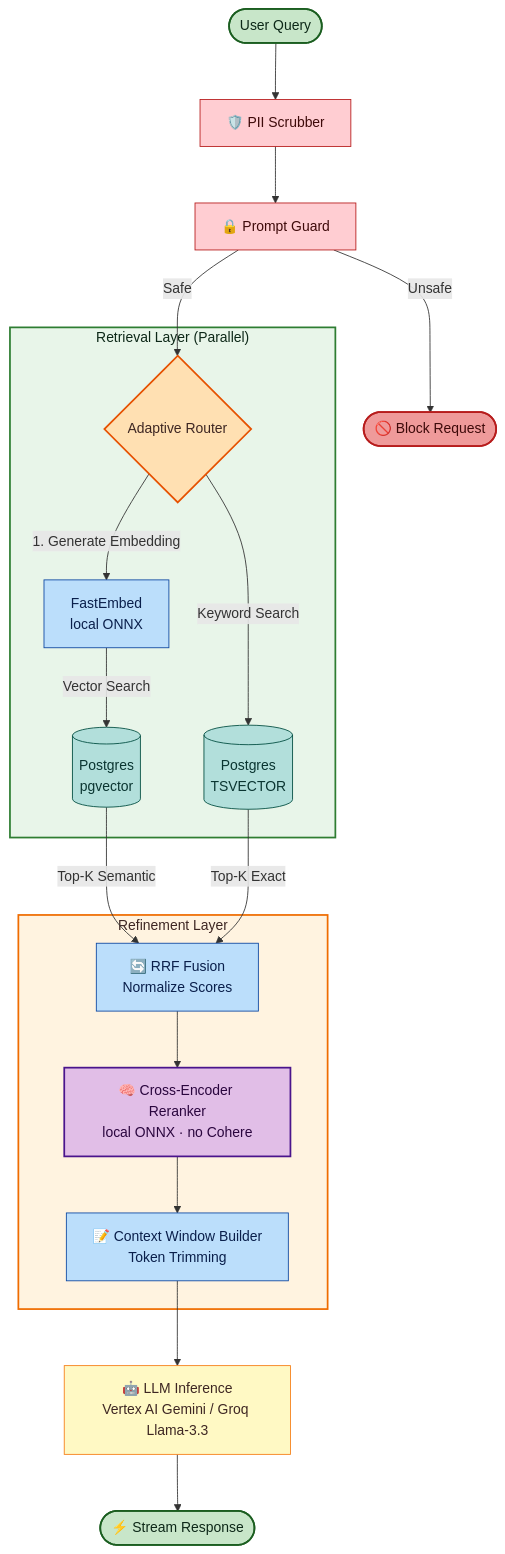
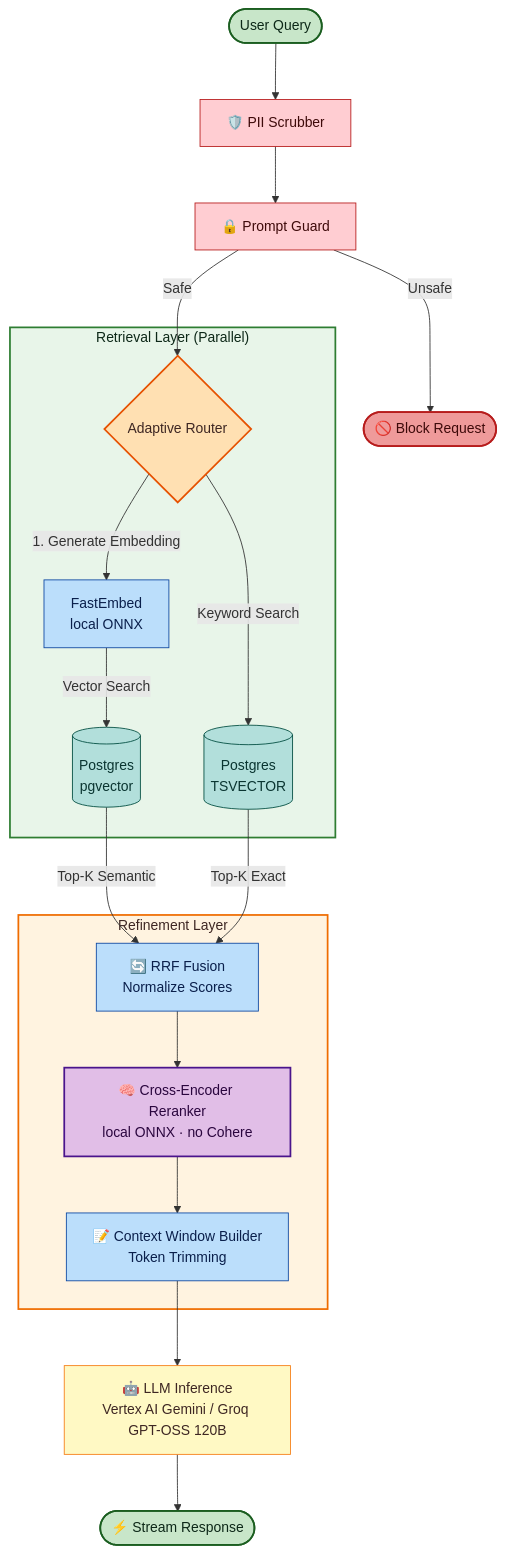
One commit to JMMAILabs/frugal-fortress-architecture changed the diagram in docs/diagrams/core/rag_pipeline.md. Above: the diagram before and after it, drawn with Mermaid. The commit also changed 23 other files, not shown here.

First line of the commit message:
docs: migrate free-tier references from llama-3.3 to openai/gpt-oss-120b

````diff
--- a/docs/diagrams/core/rag_pipeline.md
+++ b/docs/diagrams/core/rag_pipeline.md
@@ -5,50 +5,50 @@
 ```mermaid
 %%{init: {'theme':'default', 'flowchart':{'nodeSpacing':45, 'rankSpacing':65}}}%%
 flowchart TD
     Start([User Query]) --> PII["🛡️ PII Scrubber"]
     PII --> Guard["🔒 Prompt Guard"]
 
     Guard -->|Safe| Router{"Adaptive Router"}
     Guard -->|Unsafe| Block(["🚫 Block Request"])
 
     subgraph Retrieval ["Retrieval Layer (Parallel)"]
         Router -->|1. Generate Embedding| Embed["FastEmbed<br/>local ONNX"]
 
         Embed -->|Vector Search| PG_Vec[("Postgres<br/>pgvector")]
         Router -->|Keyword Search| PG_Text[("Postgres<br/>TSVECTOR")]
     end
 
     PG_Vec -->|Top-K Semantic| Merger
     PG_Text -->|Top-K Exact| Merger
 
     subgraph Refinement ["Refinement Layer"]
         Merger["🔄 RRF Fusion<br/>Normalize Scores"]
         Merger --> Rerank["🧠 Cross-Encoder Reranker<br/>local ONNX · no Cohere"]
         Rerank --> Context["📝 Context Window Builder<br/>Token Trimming"]
     end
 
-    Context --> LLM["🤖 LLM Inference<br/>Vertex AI Gemini / Groq Llama-3.3"]
+    Context --> LLM["🤖 LLM Inference<br/>Vertex AI Gemini / Groq GPT-OSS 120B"]
     LLM --> Stream(["⚡ Stream Response"])
 
     %% Subgraph styling
     style Retrieval fill:#e8f5e9,stroke:#2e7d32,stroke-width:2px,color:#0d2818
     style Refinement fill:#fff3e0,stroke:#ef6c00,stroke-width:2px,color:#3e2723
 
     %% Node styling — explicit dark text for dark-mode readability
     classDef start fill:#c8e6c9,stroke:#1b5e20,stroke-width:2px,color:#0d2818
     classDef guard fill:#ffcdd2,stroke:#b71c1c,stroke-width:1px,color:#3e0a0a
     classDef router fill:#ffe0b2,stroke:#e65100,stroke-width:2px,color:#3e2723
     classDef compute fill:#bbdefb,stroke:#0d47a1,stroke-width:1px,color:#0a1f4b
     classDef store fill:#b2dfdb,stroke:#004d40,stroke-width:1px,color:#0a3531
     classDef rerank fill:#e1bee7,stroke:#4a148c,stroke-width:2px,color:#2a063e
     classDef llm fill:#fff9c4,stroke:#f57f17,stroke-width:1px,color:#3e2723
     classDef block fill:#ef9a9a,stroke:#b71c1c,stroke-width:2px,color:#3e0a0a
     class Start,Stream start
     class PII,Guard guard
     class Router router
     class Embed,Merger,Context compute
     class PG_Vec,PG_Text store
     class Rerank rerank
     class LLM llm
     class Block block
 ```
````
